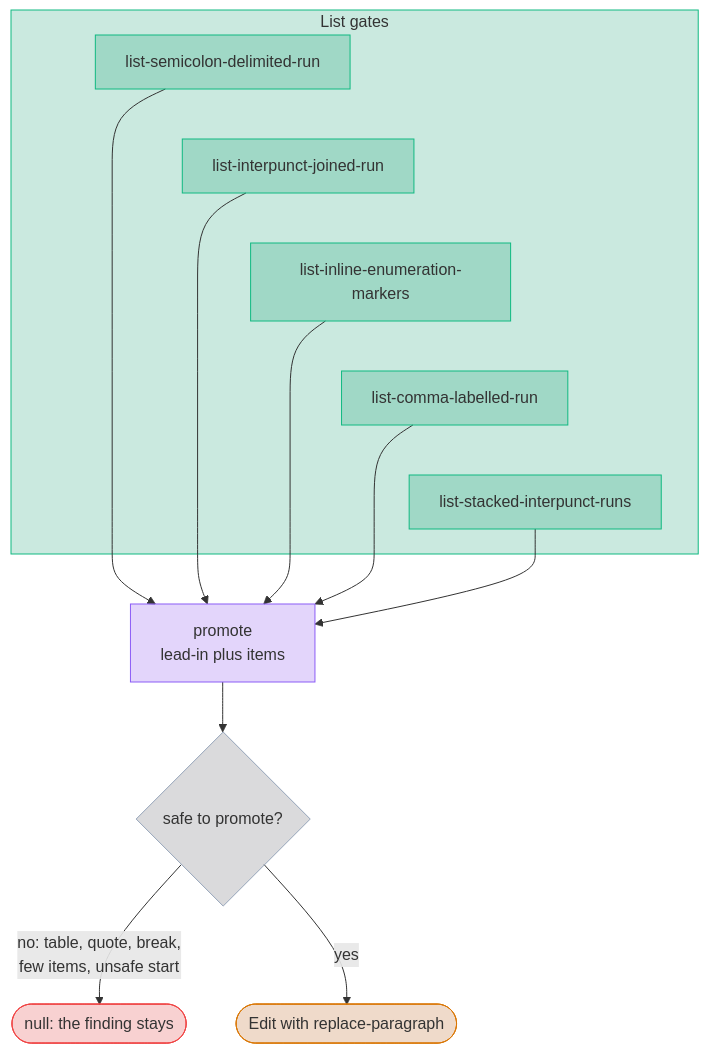
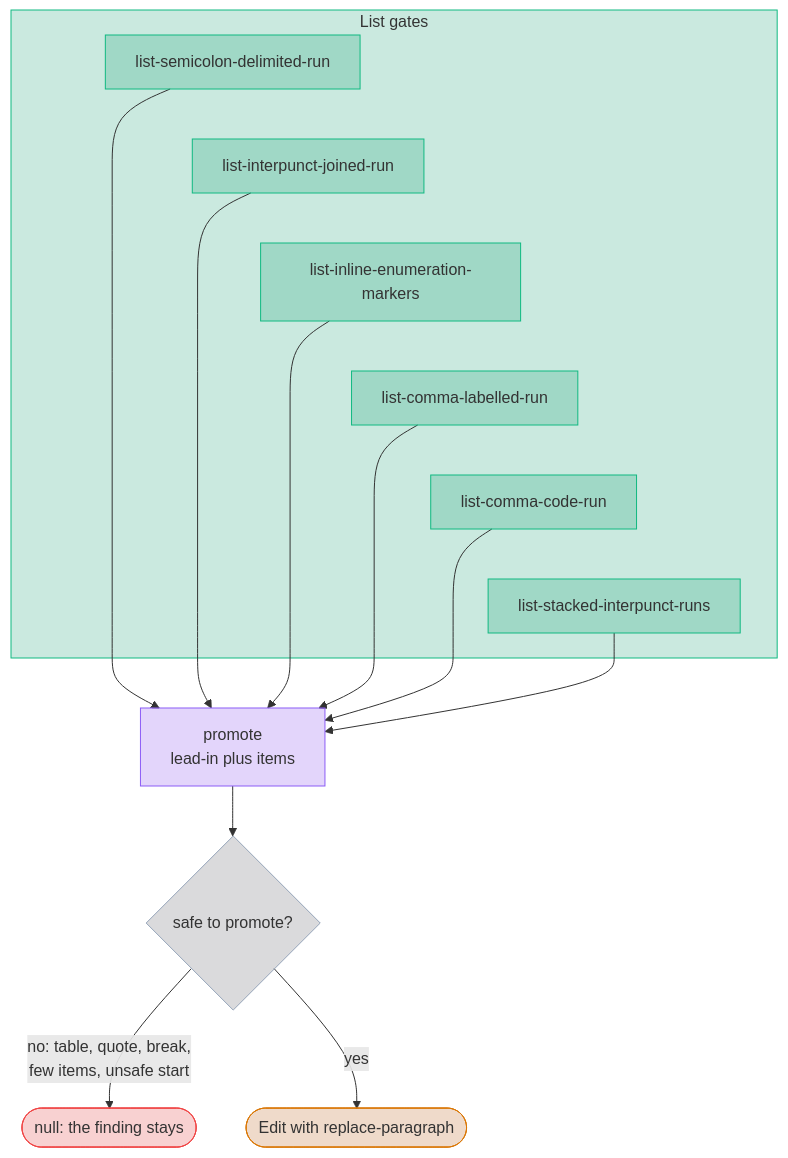
One commit to jpeakai/jpai-prose-gates changed diagram 18 of 20 in docs/DATA_MODEL.md. Above: the diagram before and after it, drawn with Mermaid. The commit also changed other lines of this file and 25 other files, not shown here.

First line of the commit message:
feat: list-comma-code-run promotes a comma run of code spans

````diff
--- a/docs/DATA_MODEL.md
+++ b/docs/DATA_MODEL.md
@@ -645,32 +650,34 @@
 ```mermaid
 flowchart TB
     subgraph gates["List gates"]
         G3["list-semicolon-delimited-run"]:::gate
         G6["list-interpunct-joined-run"]:::gate
         G7["list-inline-enumeration-markers"]:::gate
         G8["list-comma-labelled-run"]:::gate
+        G10["list-comma-code-run"]:::gate
         G9["list-stacked-interpunct-runs"]:::gate
     end
-    G3 ~~~ G6 ~~~ G7 ~~~ G8 ~~~ G9
+    G3 ~~~ G6 ~~~ G7 ~~~ G8 ~~~ G10 ~~~ G9
     PROM["promote<br/>lead-in plus items"]:::build
     GUARD{"safe to promote?"}:::decide
     NULL(["null: the finding stays"]):::bad
     EDIT(["Edit with replace-paragraph"]):::ok
 
     G3 --> PROM
     G6 --> PROM
     G7 --> PROM
     G8 --> PROM
+    G10 --> PROM
     G9 --> PROM
     PROM --> GUARD
     GUARD -- "no: table, quote, break,<br/>few items, unsafe start" --> NULL
     GUARD -- "yes" --> EDIT
 
     classDef gate   fill:#05966936,stroke:#10b981
     classDef build  fill:#7c3aed36,stroke:#8b5cf6
     classDef decide fill:#52525b36,stroke:#94a3b8
     classDef ok     fill:#b4530936,stroke:#d97706
     classDef bad    fill:#dc262636,stroke:#ef4444
 
     style gates fill:#05966936,stroke:#10b981
 ```
````
